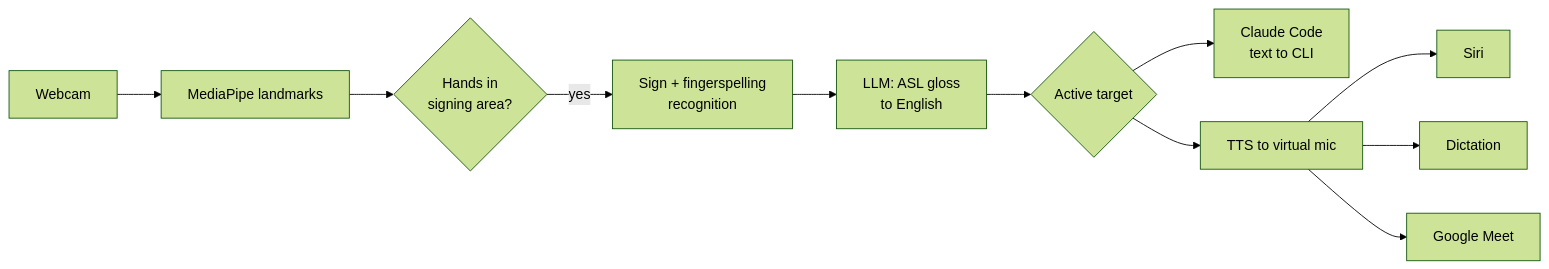
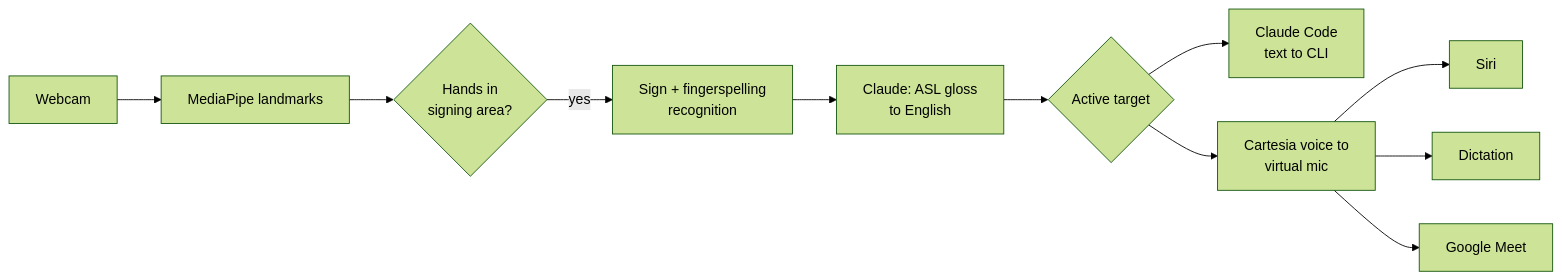
Before and after one commit to SacchinS/calhacks-2026: the diagram in README.md, drawn with Mermaid (forest theme). The commit also changed other lines of this file and 3 other files, not shown here.

Commit message:
Add MVP plan, set stack to Claude + Cartesia, add vocab check

````diff
--- a/README.md
+++ b/README.md
@@ -17,13 +17,13 @@
 ```mermaid
 flowchart LR
     CAM[Webcam] --> MP[MediaPipe landmarks]
     MP --> GATE{Hands in<br/>signing area?}
     GATE -- yes --> REC[Sign + fingerspelling<br/>recognition]
-    REC --> LLM[LLM: ASL gloss<br/>to English]
+    REC --> LLM[Claude: ASL gloss<br/>to English]
     LLM --> ROUTER{Active target}
     ROUTER --> CC[Claude Code<br/>text to CLI]
-    ROUTER --> VM[TTS to virtual mic]
+    ROUTER --> VM[Cartesia voice to<br/>virtual mic]
     VM --> SIRI[Siri]
     VM --> DICT[Dictation]
     VM --> MEET[Google Meet]
 ```
````
